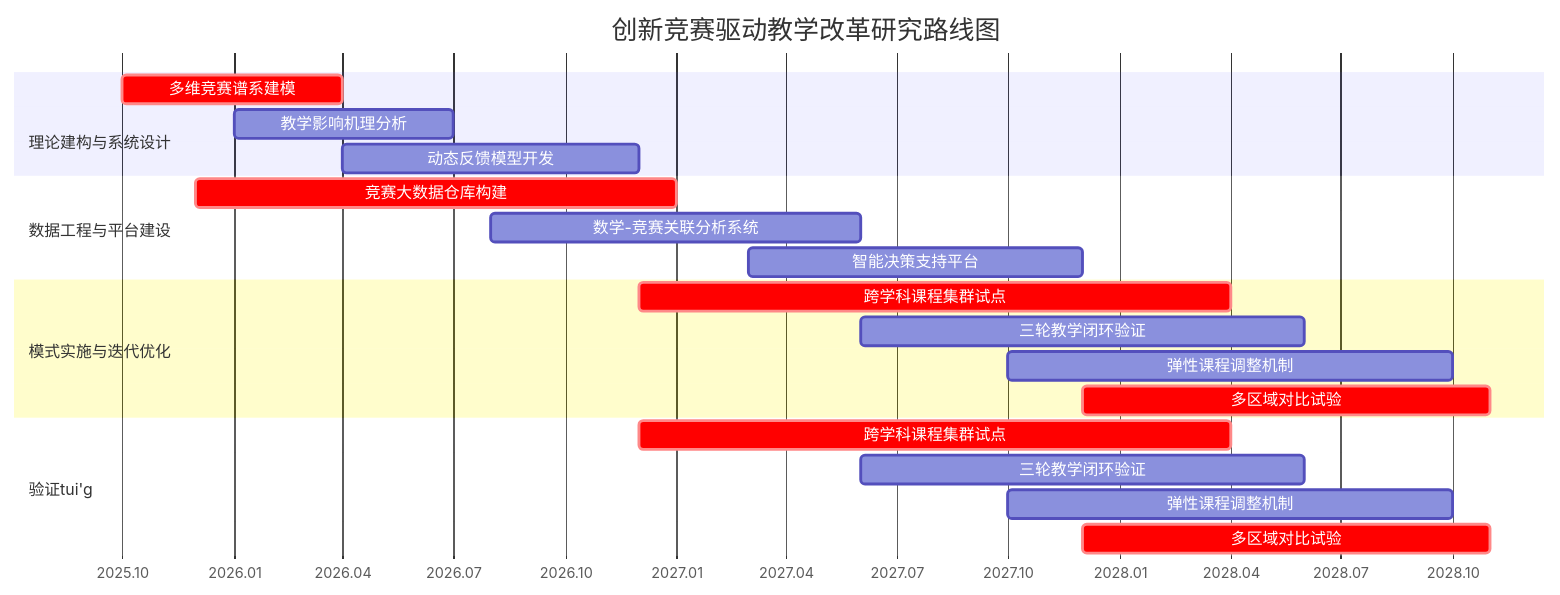
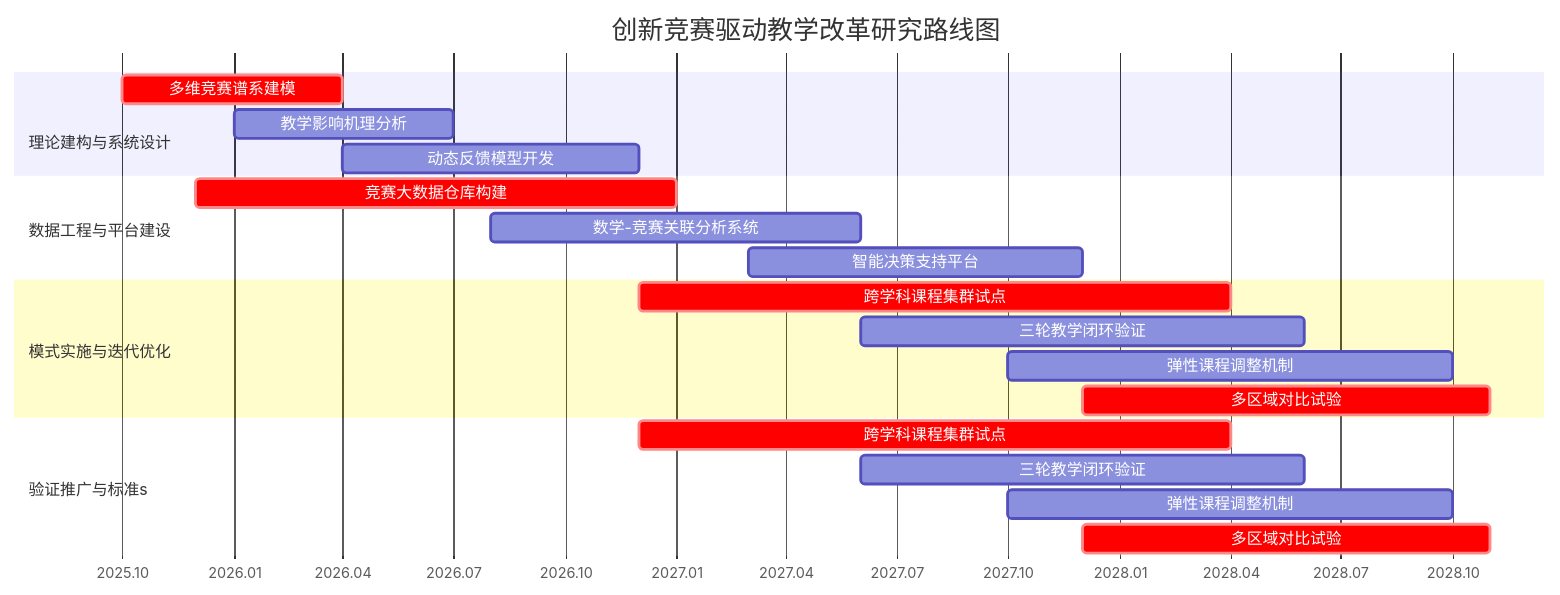
The diagram in all/代码甘特图.md (MC2001323/iodraw-files), drawn with Mermaid before and after one commit.

Commit message:
2025-04-08 21:18:11 update

````diff
--- a/all/代码甘特图.md
+++ b/all/代码甘特图.md
@@ -1,29 +1,29 @@
 ```mermaid
 gantt
     title 创新竞赛驱动教学改革研究路线图
     dateFormat  YYYY-MM
     axisFormat  %Y.%m
 
     section <br>理论建构与系统设计
     多维竞赛谱系建模        :crit, a1, 2025-10, 2026-04
     教学影响机理分析        :a2, 2026-01, 2026-07
     动态反馈模型开发        :a3, 2026-04, 2026-12
 
     section 数据工程与平台建设
     竞赛大数据仓库构建      :crit, b1, 2025-12, 2027-01
     数学-竞赛关联分析系统   :b2, 2026-08, 2027-06
     智能决策支持平台        :b3, 2027-03, 2027-12
 
     section 模式实施与迭代优化
     跨学科课程集群试点     :crit, c1, 2026-12, 2028-04
     三轮教学闭环验证       :c2, 2027-06, 2028-06
     弹性课程调整机制       :c3, 2027-10, 2028-10
     多区域对比试验         :crit, c4, 2027-12, 2028-11
 
-    section 验证tui'g
+    section 验证推广与标准s
     跨学科课程集群试点     :crit, c1, 2026-12, 2028-04
     三轮教学闭环验证       :c2, 2027-06, 2028-06
     弹性课程调整机制       :c3, 2027-10, 2028-10
     多区域对比试验         :crit, c4, 2027-12, 2028-11
 
 ```
````
